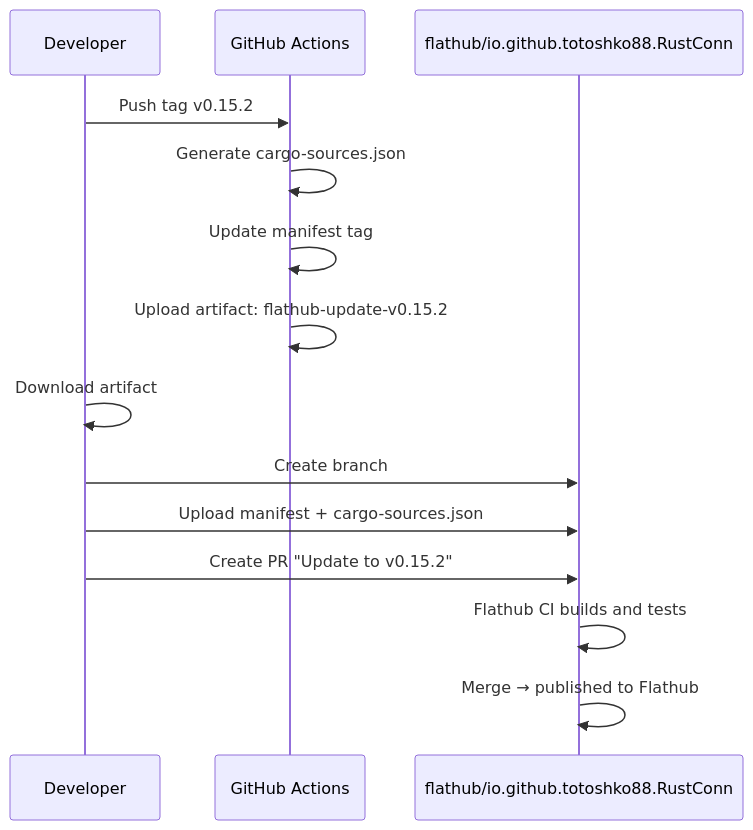
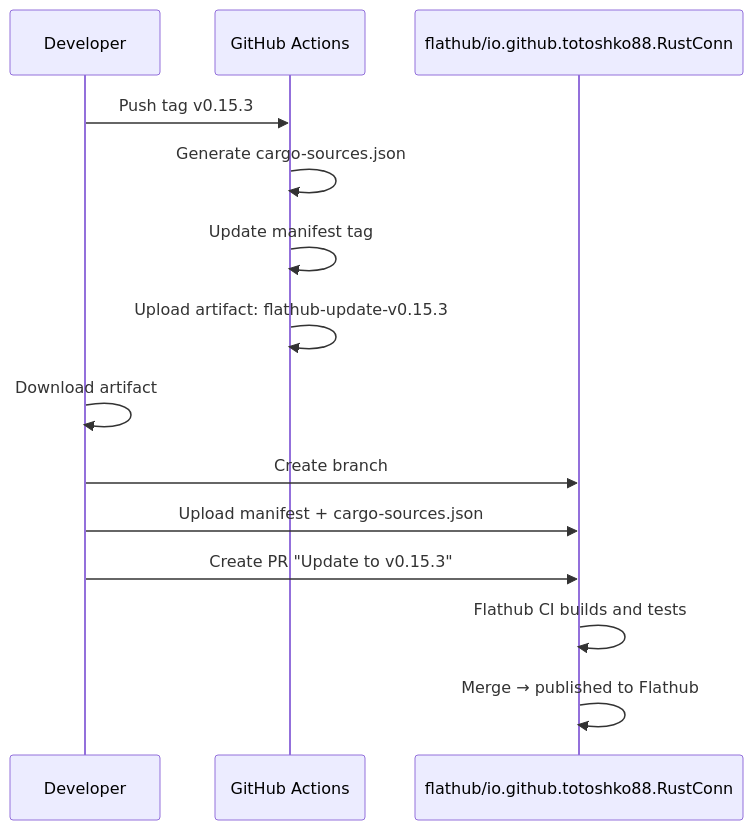
The sixth of 6 diagrams in docs/CI_BUILD_FLOW.md (GaaChun/RustConn), drawn with Mermaid before and after one commit. The commit also changed other lines of this file and 55 other files, not shown here.

````diff
--- a/docs/CI_BUILD_FLOW.md
+++ b/docs/CI_BUILD_FLOW.md
@@ -185,18 +185,18 @@
 ```mermaid
 sequenceDiagram
     participant Dev as Developer
     participant GH as GitHub Actions
     participant FH as flathub/io.github.totoshko88.RustConn
 
-    Dev->>GH: Push tag v0.15.2
+    Dev->>GH: Push tag v0.15.3
     GH->>GH: Generate cargo-sources.json
     GH->>GH: Update manifest tag
-    GH->>GH: Upload artifact: flathub-update-v0.15.2
+    GH->>GH: Upload artifact: flathub-update-v0.15.3
 
     Dev->>Dev: Download artifact
     Dev->>FH: Create branch
     Dev->>FH: Upload manifest + cargo-sources.json
-    Dev->>FH: Create PR "Update to v0.15.2"
+    Dev->>FH: Create PR "Update to v0.15.3"
     FH->>FH: Flathub CI builds and tests
     FH->>FH: Merge → published to Flathub
 ```
````
